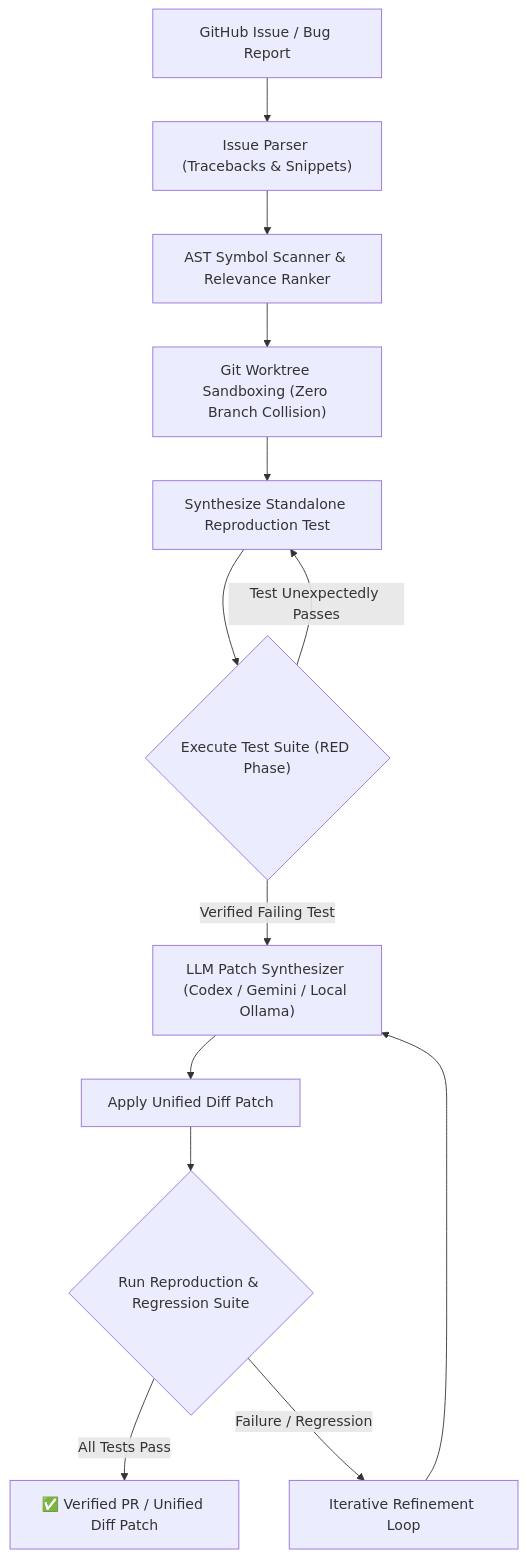
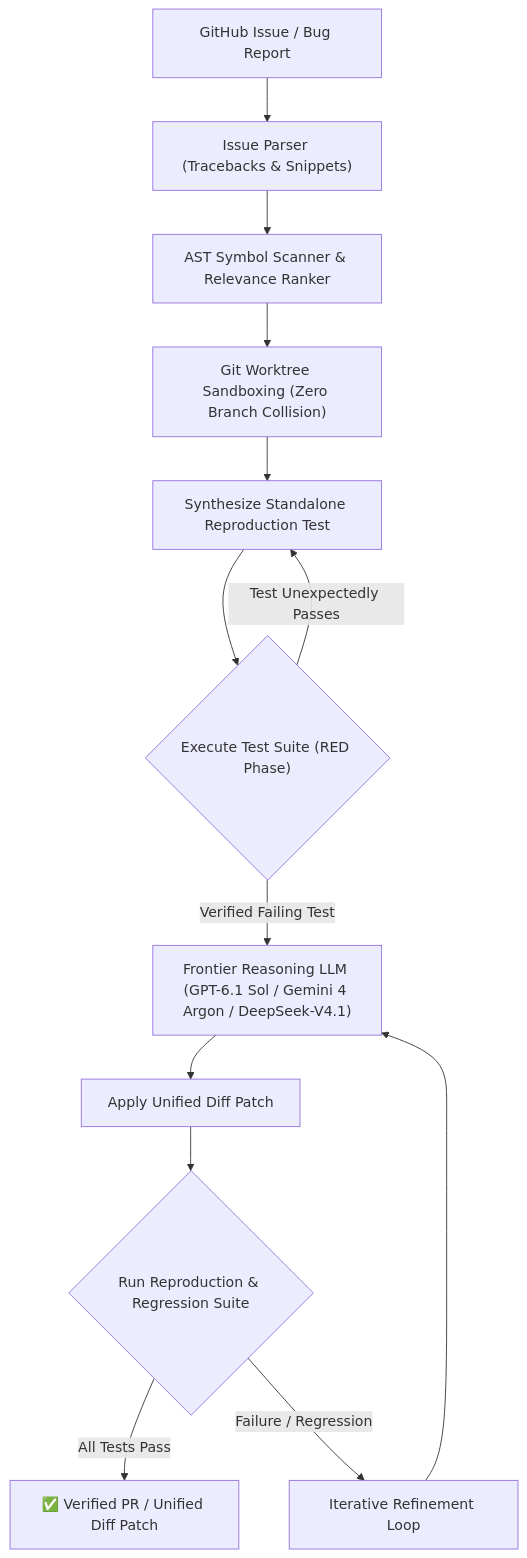
The diagram in README.md (subhanirtaza2156/patchpilot), drawn with Mermaid before and after one commit. The commit also changed other lines of this file and 4 other files, not shown here.

Commit message:
feat: native support for GPT-6.1 Sol/Terra, Gemini 4 Argon/Carbon, and DeepSeek-V4.1

````diff
--- a/README.md
+++ b/README.md
@@ -35,15 +35,15 @@
 ```mermaid
 flowchart TD
     A["GitHub Issue / Bug Report"] --> B["Issue Parser (Tracebacks & Snippets)"]
     B --> C["AST Symbol Scanner & Relevance Ranker"]
     C --> D["Git Worktree Sandboxing (Zero Branch Collision)"]
     D --> E["Synthesize Standalone Reproduction Test"]
     E --> F{"Execute Test Suite (RED Phase)"}
-    F -->|Verified Failing Test| G["LLM Patch Synthesizer (Codex / Gemini / Local Ollama)"]
+    F -->|Verified Failing Test| G["Frontier Reasoning LLM (GPT-6.1 Sol / Gemini 4 Argon / DeepSeek-V4.1)"]
     F -->|Test Unexpectedly Passes| E
     G --> H["Apply Unified Diff Patch"]
     H --> I{"Run Reproduction & Regression Suite"}
     I -->|All Tests Pass| J["✅ Verified PR / Unified Diff Patch"]
     I -->|Failure / Regression| K["Iterative Refinement Loop"]
     K --> G
 ```
````
